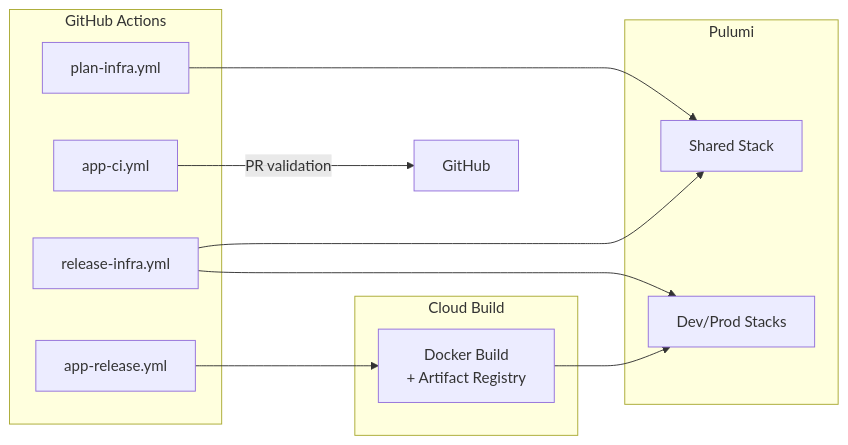
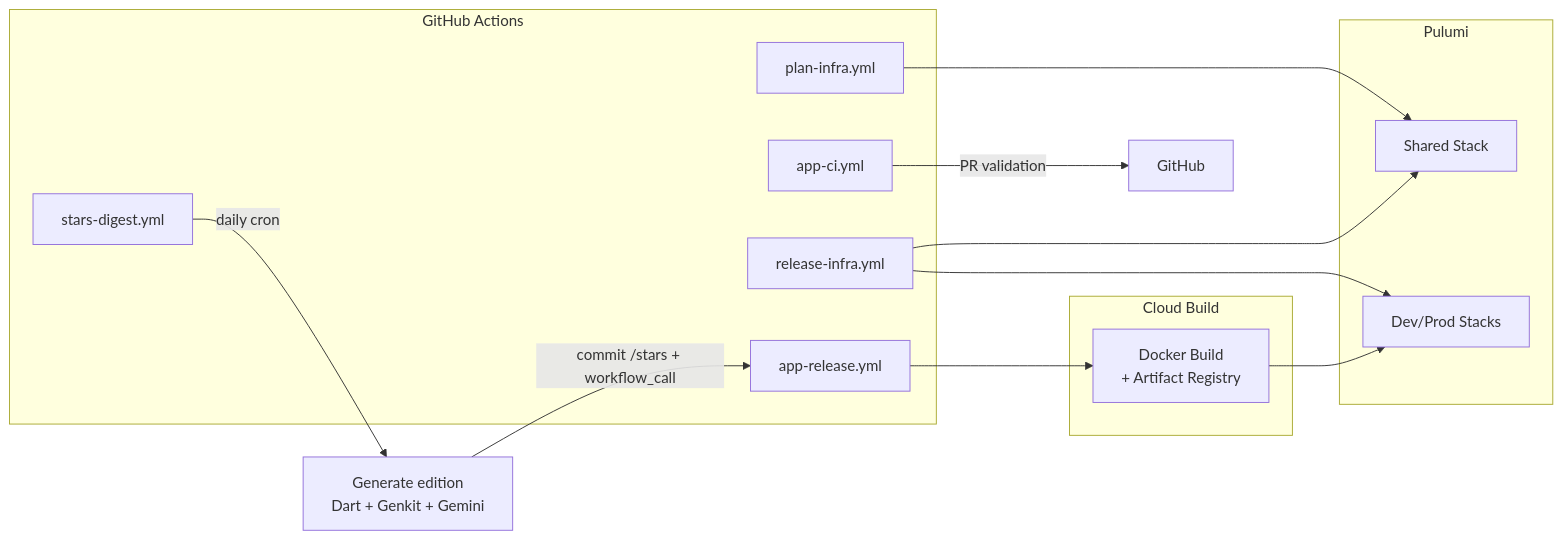
The second of 2 diagrams in README.md (koborin-ai/site), drawn with Mermaid before and after one commit. The commit also changed other lines of this file, not shown here.

Commit message:
docs: refresh README for stars-digest and current repo layout (#160)

````diff
--- a/README.md
+++ b/README.md
@@ -119,24 +119,28 @@
 ```mermaid
 flowchart LR
     subgraph GitHub Actions
         planInfra[plan-infra.yml]
         releaseInfra[release-infra.yml]
         appCI[app-ci.yml]
         appRelease[app-release.yml]
+        starsDigest[stars-digest.yml]
     end
 
     subgraph Cloud Build
         buildApp[Docker Build\n+ Artifact Registry]
     end
 
     subgraph Pulumi
         sharedStack[Shared Stack]
         envStacks[Dev/Prod Stacks]
     end
 
+    starsDigest -->|daily cron| genEdition[Generate edition\nDart + Genkit + Gemini]
+
     planInfra --> sharedStack
     releaseInfra --> sharedStack
     releaseInfra --> envStacks
     appCI -->|PR validation| GitHub
+    genEdition -->|commit /stars + workflow_call| appRelease
     appRelease --> buildApp --> envStacks
 ```
````
